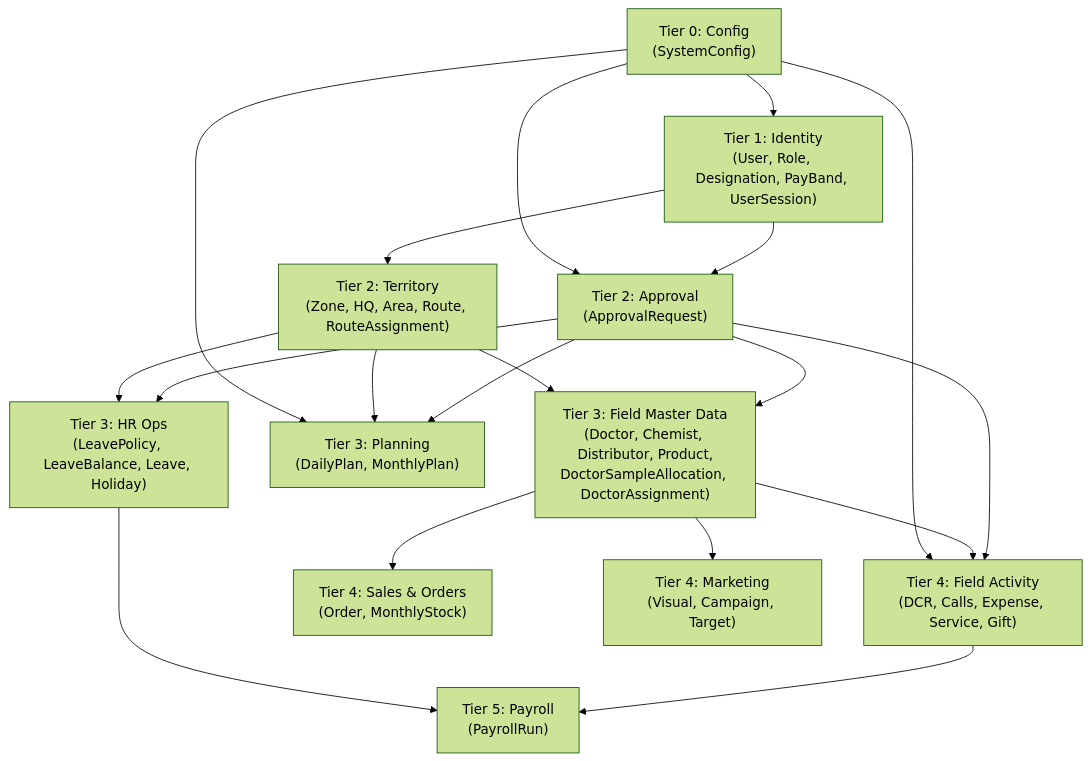
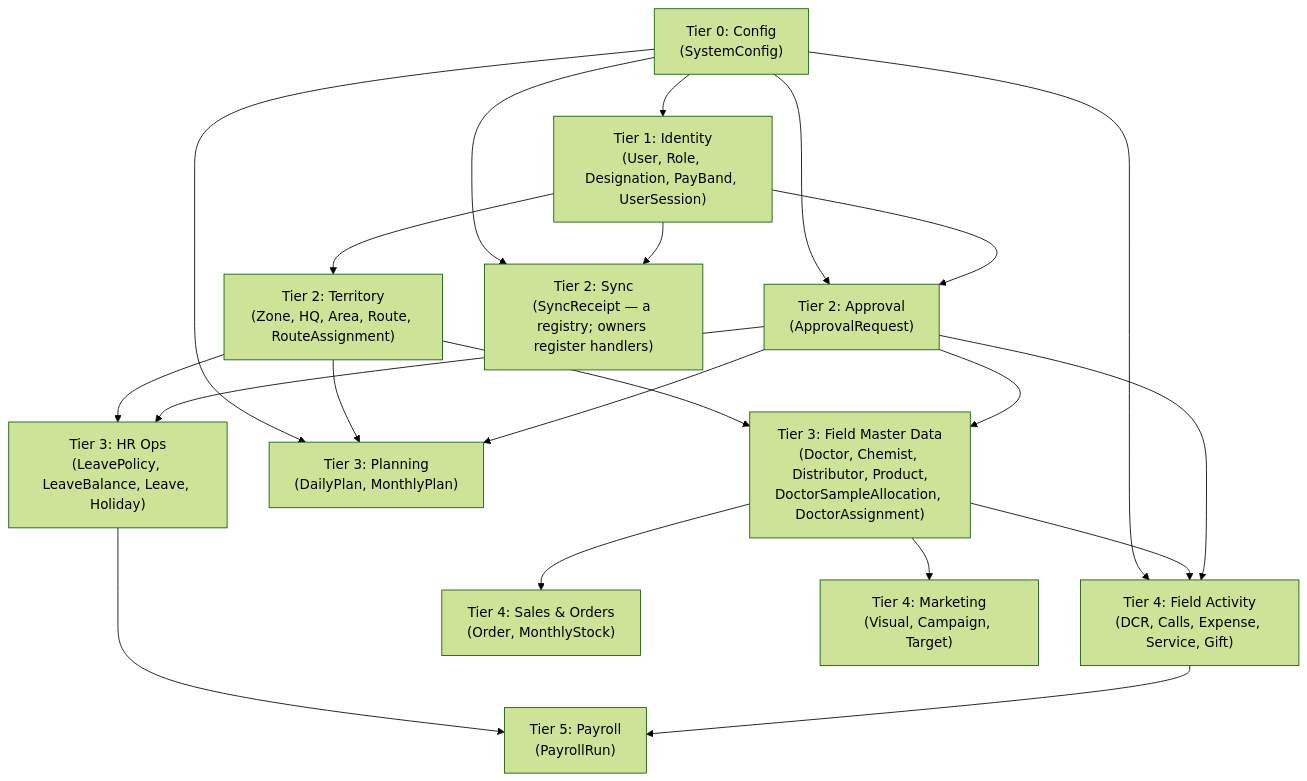
The second of 2 diagrams in docs/hld/03-system-architecture.md (reboot-ai-private-limited/greynote), drawn with Mermaid (forest theme) before and after one commit. The commit also changed 30 other files, not shown here.

First line of the commit message:
feat(sync): the daily report's push — receipts, handler registry, per-record results (Phase 5 step 4)

````diff
--- a/docs/hld/03-system-architecture.md
+++ b/docs/hld/03-system-architecture.md
@@ -38,33 +38,36 @@
 ```mermaid
 graph TD
     Config["Tier 0: Config<br/>(SystemConfig)"]
     Identity["Tier 1: Identity<br/>(User, Role, Designation, PayBand, UserSession)"]
     Territory["Tier 2: Territory<br/>(Zone, HQ, Area, Route, RouteAssignment)"]
     Approval["Tier 2: Approval<br/>(ApprovalRequest)"]
+    Sync["Tier 2: Sync<br/>(SyncReceipt — a registry; owners register handlers)"]
     FMD["Tier 3: Field Master Data<br/>(Doctor, Chemist, Distributor, Product,<br/>DoctorSampleAllocation, DoctorAssignment)"]
     Planning["Tier 3: Planning<br/>(DailyPlan, MonthlyPlan)"]
     HR["Tier 3: HR Ops<br/>(LeavePolicy, LeaveBalance, Leave, Holiday)"]
     FieldActivity["Tier 4: Field Activity<br/>(DCR, Calls, Expense, Service, Gift)"]
     Sales["Tier 4: Sales & Orders<br/>(Order, MonthlyStock)"]
     Marketing["Tier 4: Marketing<br/>(Visual, Campaign, Target)"]
     Payroll["Tier 5: Payroll<br/>(PayrollRun)"]
 
     Config --> Identity
     Identity --> Territory
     Identity --> Approval
     Config --> Approval
+    Identity --> Sync
+    Config --> Sync
     Approval --> Planning
     Approval --> HR
     Approval --> FMD
     Approval --> FieldActivity
     Territory --> FMD
     Territory --> Planning
     Territory --> HR
     Config --> Planning
     FMD --> FieldActivity
     Config --> FieldActivity
     FMD --> Sales
     FMD --> Marketing
     FieldActivity --> Payroll
     HR --> Payroll
 ```
````
